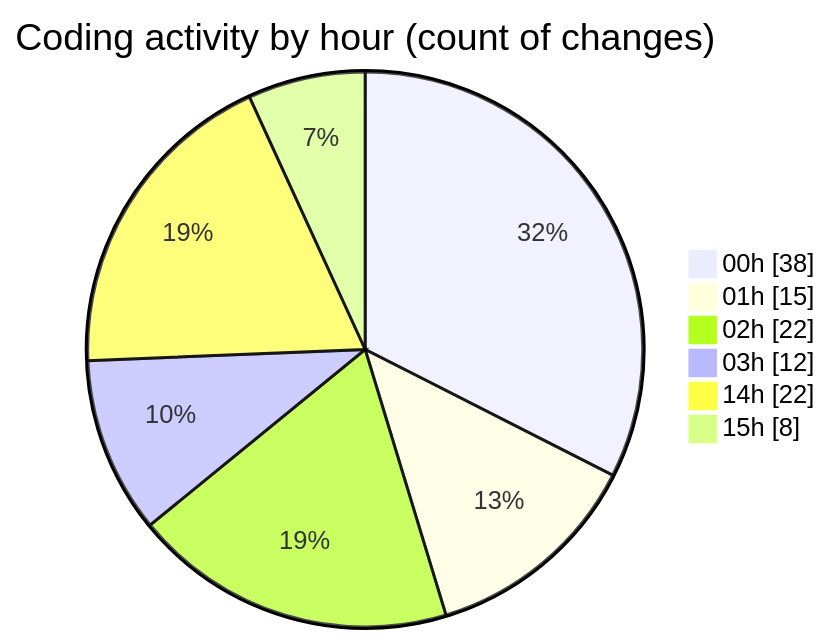
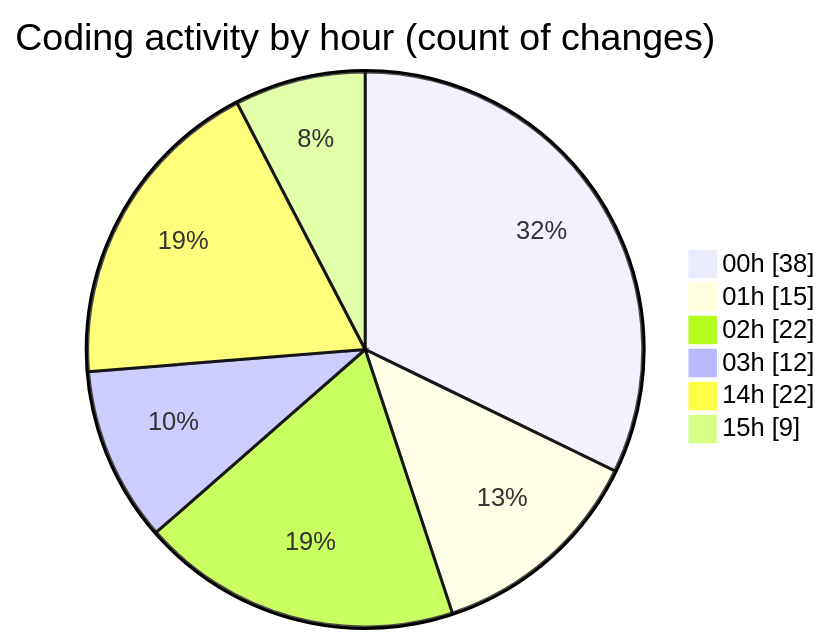
One commit to donsfak/code-tracking changed the second of 2 diagrams in 2025-03-08/uber_clone/README.md. Above: the diagram before and after it, drawn with Mermaid. The commit also changed other lines of this file and 1 other file, not shown here.

````diff
--- a/2025-03-08/uber_clone/README.md
+++ b/2025-03-08/uber_clone/README.md
@@ -34,10 +34,10 @@
 ```mermaid
 pie showData
 title Coding activity by hour (count of changes)
 "00h" : 38
 "01h" : 15
 "02h" : 22
 "03h" : 12
 "14h" : 22
-"15h" : 8
+"15h" : 9
 ```
````
